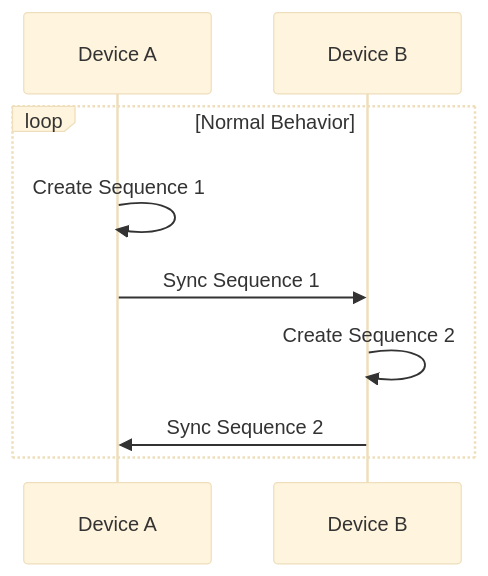
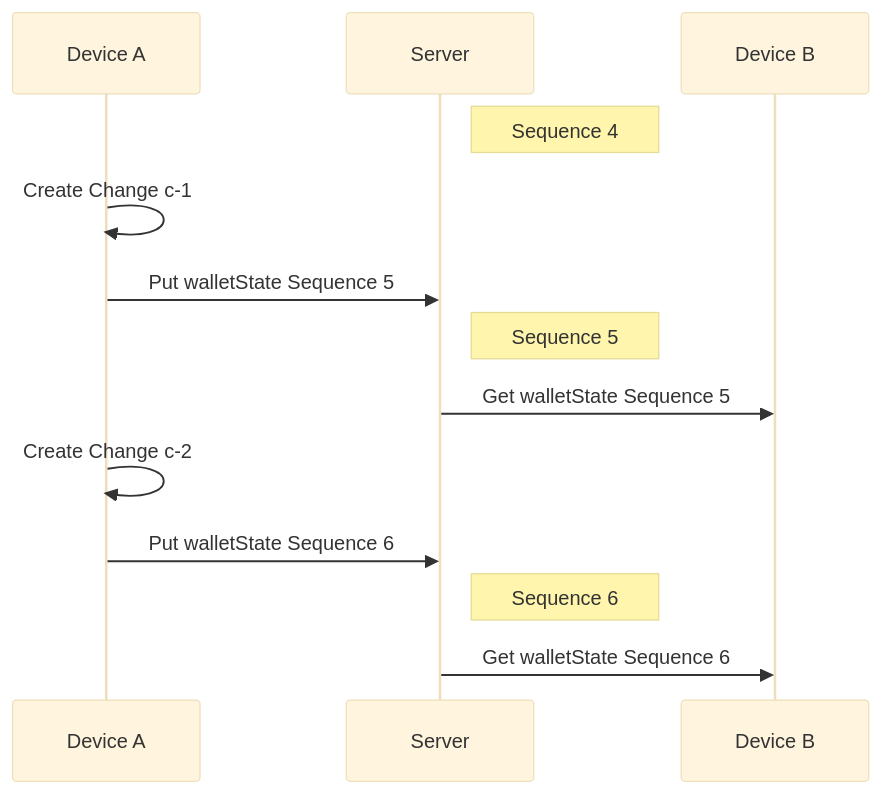
Before and after one commit to orblivion/lbry-wallet-sync-draft: the first of 16 diagrams in spec/sync.md, drawn with Mermaid (base theme). The commit also changed other lines of this file and 17 other files, not shown here.

````diff
--- a/spec/sync.md
+++ b/spec/sync.md
@@ -31,11 +43,17 @@
 ```mermaid
   sequenceDiagram
     participant Device A
+    participant Server
     participant Device B
-    loop Normal Behavior
-      Device A->>Device A: Create Sequence 1
-      Device A->>Device B: Sync Sequence 1
-      Device B->>Device B: Create Sequence 2
-      Device B->>Device A: Sync Sequence 2
-    end
+
+    Note right of Server: Sequence 4
+
+    Device A->>Device A: Create Change c-1
+    Device A->>Server: Put walletState Sequence 5
+    Note right of Server: Sequence 5
+    Server->>Device B: Get walletState Sequence 5
+    Device A->>Device A: Create Change c-2
+    Device A->>Server: Put walletState Sequence 6
+    Note right of Server: Sequence 6
+    Server->>Device B: Get walletState Sequence 6
 ```
````
